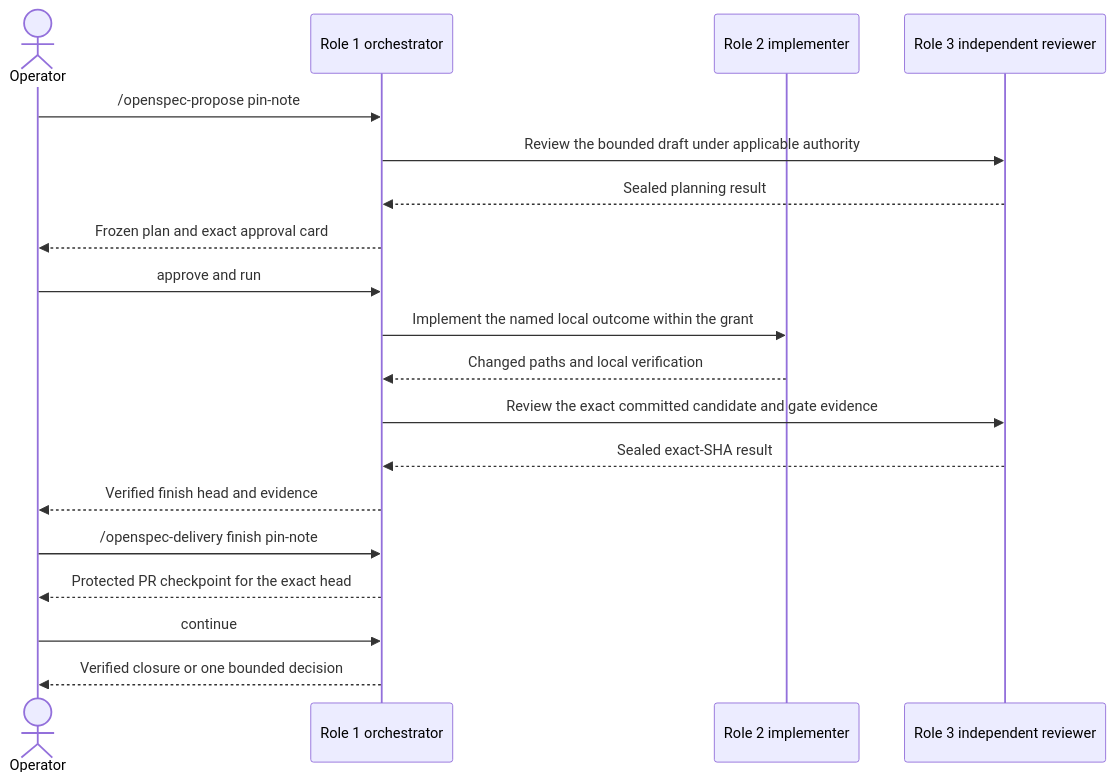
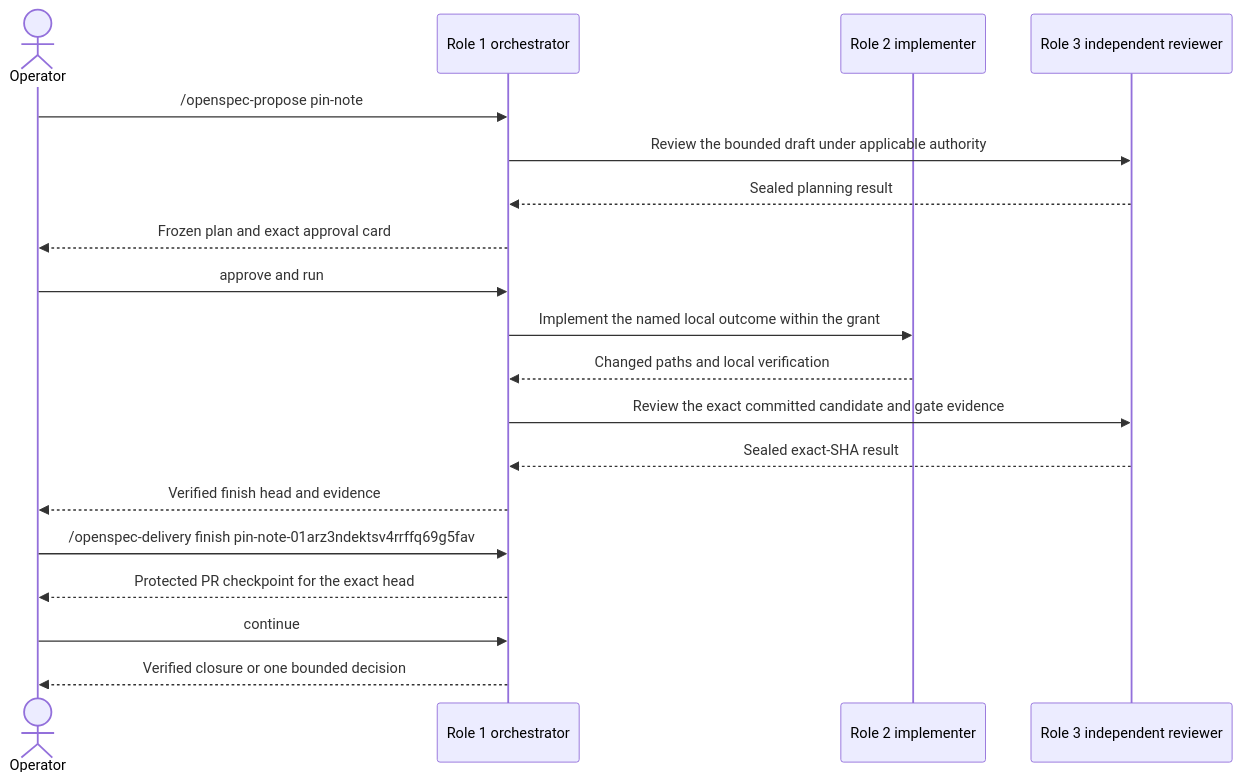
Before and after one commit to grewety/ai-coding-agent-skills: the second of 2 diagrams in docs/openspec-operator-tutorial.md, drawn with Mermaid. The commit also changed other lines of this file and 14 other files, not shown here.

````diff
--- a/docs/openspec-operator-tutorial.md
+++ b/docs/openspec-operator-tutorial.md
@@ -29,21 +29,21 @@
 ```mermaid
 sequenceDiagram
     actor O as Operator
     participant R as Role 1 orchestrator
     participant I as Role 2 implementer
     participant V as Role 3 independent reviewer
     O->>R: /openspec-propose pin-note
     R->>V: Review the bounded draft under applicable authority
     V-->>R: Sealed planning result
     R-->>O: Frozen plan and exact approval card
     O->>R: approve and run
     R->>I: Implement the named local outcome within the grant
     I-->>R: Changed paths and local verification
     R->>V: Review the exact committed candidate and gate evidence
     V-->>R: Sealed exact-SHA result
     R-->>O: Verified finish head and evidence
-    O->>R: /openspec-delivery finish pin-note
+    O->>R: /openspec-delivery finish pin-note-01arz3ndektsv4rrffq69g5fav
     R-->>O: Protected PR checkpoint for the exact head
     O->>R: continue
     R-->>O: Verified closure or one bounded decision
 ```
````
